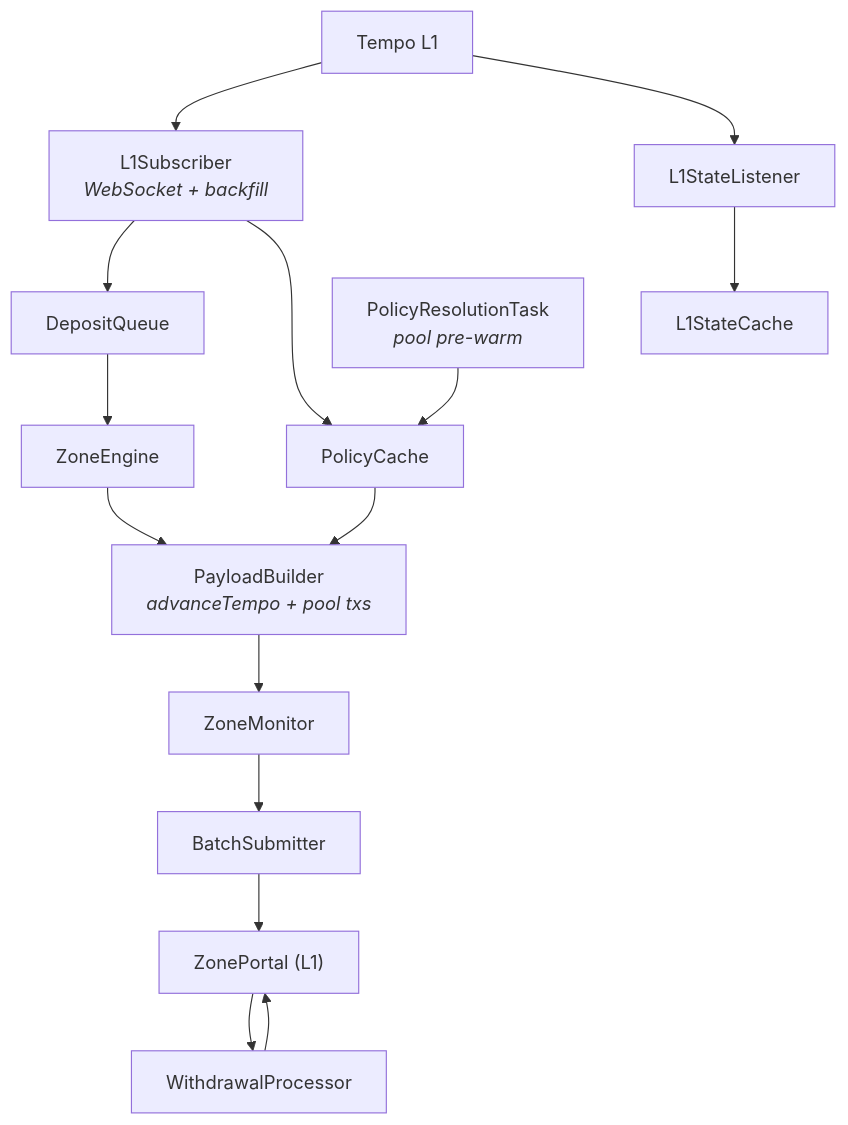
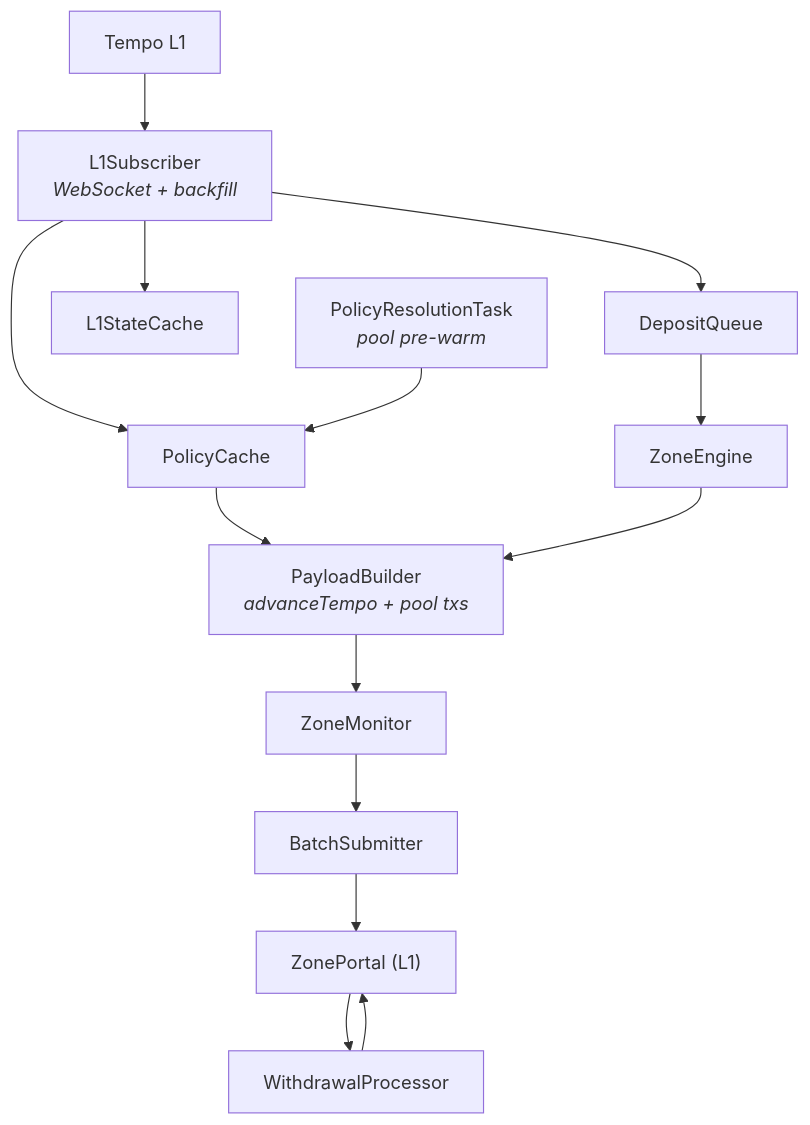
Before and after one commit to tempoxyz/zones: the diagram in crates/tempo-zone/README.md, drawn with Mermaid. The commit also changed 11 other files, not shown here.

````diff
--- a/crates/tempo-zone/README.md
+++ b/crates/tempo-zone/README.md
@@ -15,34 +15,32 @@
 ```mermaid
 graph TD
     L1["Tempo L1"]
 
     L1Sub["L1Subscriber<br/><i>WebSocket + backfill</i>"]
-    L1Listen["L1StateListener"]
     DQ["DepositQueue"]
     Cache["L1StateCache"]
     PolicyCache["PolicyCache"]
 
     Engine["ZoneEngine"]
     Builder["PayloadBuilder<br/><i>advanceTempo + pool txs</i>"]
     PolicyPrefetch["PolicyResolutionTask<br/><i>pool pre-warm</i>"]
 
     Monitor["ZoneMonitor"]
     Batch["BatchSubmitter"]
     WProc["WithdrawalProcessor"]
     Portal["ZonePortal (L1)"]
 
     L1 --> L1Sub
-    L1 --> L1Listen
     L1Sub --> DQ
     L1Sub --> PolicyCache
-    L1Listen --> Cache
+    L1Sub --> Cache
     PolicyCache --> Builder
     PolicyPrefetch --> PolicyCache
     DQ --> Engine
     Engine --> Builder
     Builder --> Monitor
     Monitor --> Batch
     Batch --> Portal
     Portal --> WProc
     WProc --> Portal
 ```
````
